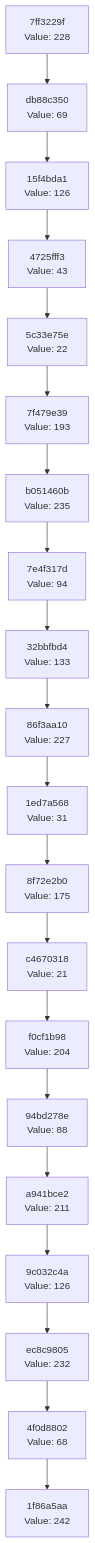
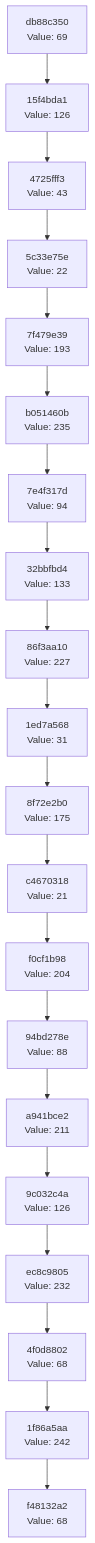
Before and after one commit to Abhisheksinha1506/hash-chain-evolver: the diagram in docs/CHAIN_VISUALIZATION.md, drawn with Mermaid. The commit also changed 2 other files, not shown here.

Commit message:
Evolution Step

````diff
--- a/docs/CHAIN_VISUALIZATION.md
+++ b/docs/CHAIN_VISUALIZATION.md
@@ -3,42 +3,42 @@
 ```mermaid
 graph TD
-    C0["1f86a5aa<br/>Value: 242"]
-    C1["4f0d8802<br/>Value: 68"]
+    C0["f48132a2<br/>Value: 68"]
+    C1["1f86a5aa<br/>Value: 242"]
     C1 --> C0
-    C2["ec8c9805<br/>Value: 232"]
+    C2["4f0d8802<br/>Value: 68"]
     C2 --> C1
-    C3["9c032c4a<br/>Value: 126"]
+    C3["ec8c9805<br/>Value: 232"]
     C3 --> C2
-    C4["a941bce2<br/>Value: 211"]
+    C4["9c032c4a<br/>Value: 126"]
     C4 --> C3
-    C5["94bd278e<br/>Value: 88"]
+    C5["a941bce2<br/>Value: 211"]
     C5 --> C4
-    C6["f0cf1b98<br/>Value: 204"]
+    C6["94bd278e<br/>Value: 88"]
     C6 --> C5
-    C7["c4670318<br/>Value: 21"]
+    C7["f0cf1b98<br/>Value: 204"]
     C7 --> C6
-    C8["8f72e2b0<br/>Value: 175"]
+    C8["c4670318<br/>Value: 21"]
     C8 --> C7
-    C9["1ed7a568<br/>Value: 31"]
+    C9["8f72e2b0<br/>Value: 175"]
     C9 --> C8
-    C10["86f3aa10<br/>Value: 227"]
+    C10["1ed7a568<br/>Value: 31"]
     C10 --> C9
-    C11["32bbfbd4<br/>Value: 133"]
+    C11["86f3aa10<br/>Value: 227"]
     C11 --> C10
-    C12["7e4f317d<br/>Value: 94"]
+    C12["32bbfbd4<br/>Value: 133"]
     C12 --> C11
-    C13["b051460b<br/>Value: 235"]
+    C13["7e4f317d<br/>Value: 94"]
     C13 --> C12
-    C14["7f479e39<br/>Value: 193"]
+    C14["b051460b<br/>Value: 235"]
     C14 --> C13
-    C15["5c33e75e<br/>Value: 22"]
+    C15["7f479e39<br/>Value: 193"]
     C15 --> C14
-    C16["4725fff3<br/>Value: 43"]
+    C16["5c33e75e<br/>Value: 22"]
     C16 --> C15
-    C17["15f4bda1<br/>Value: 126"]
+    C17["4725fff3<br/>Value: 43"]
     C17 --> C16
-    C18["db88c350<br/>Value: 69"]
+    C18["15f4bda1<br/>Value: 126"]
     C18 --> C17
-    C19["7ff3229f<br/>Value: 228"]
+    C19["db88c350<br/>Value: 69"]
     C19 --> C18
 ```
````
